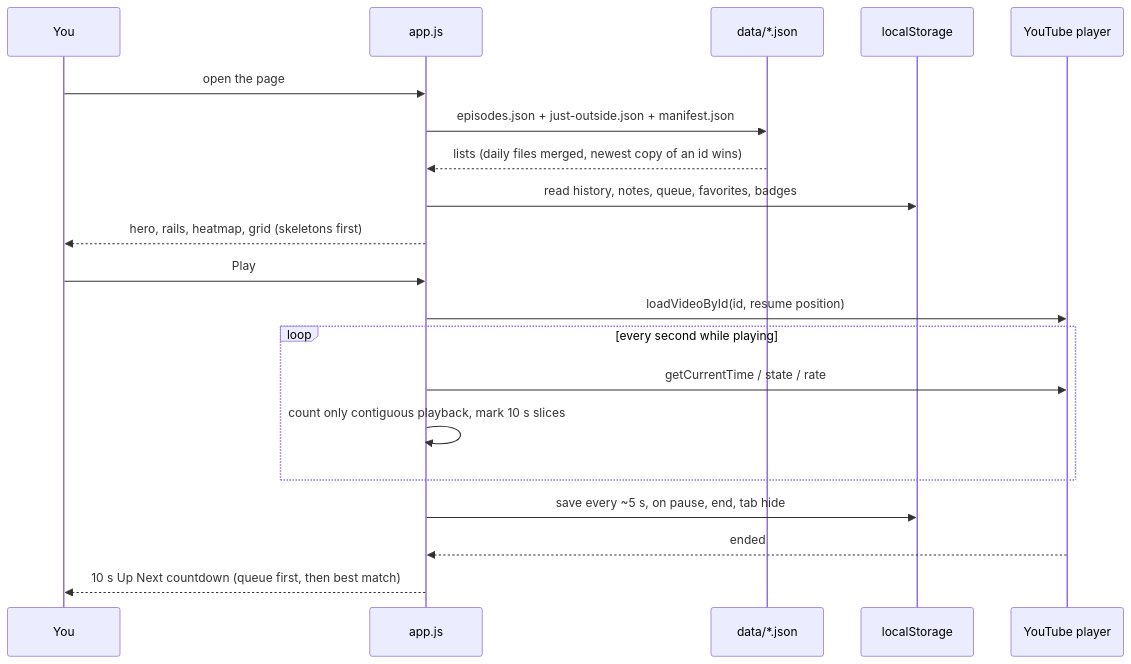
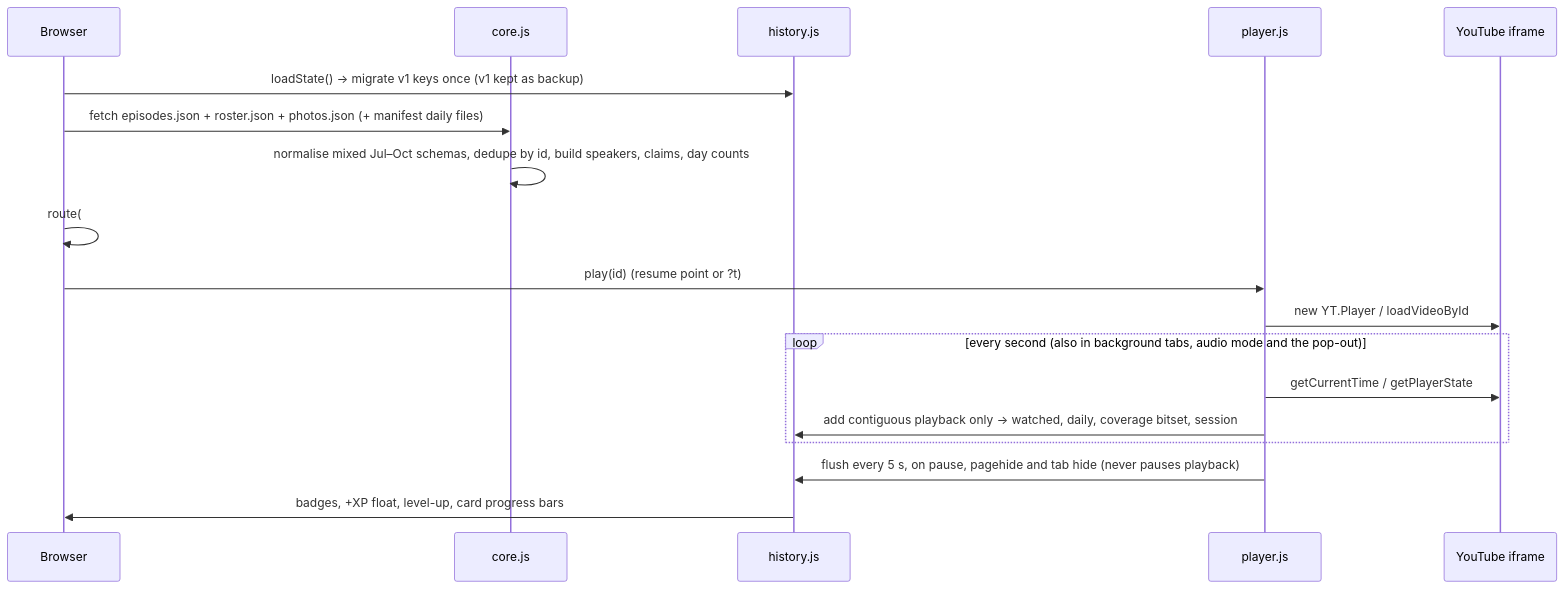
One commit to lo3elyon/ASI changed the second of 4 diagrams in ai-safety-full-episodes/README.md. Above: the diagram before and after it, drawn with Mermaid. The commit also changed other lines of this file, not shown here.

Commit message:
ai-safety-full-episodes v2: README.md

````diff
--- a/ai-safety-full-episodes/README.md
+++ b/ai-safety-full-episodes/README.md
@@ -111,22 +209,20 @@
 ```mermaid
 sequenceDiagram
-    participant U as You
-    participant A as app.js
-    participant D as data/*.json
-    participant L as localStorage
-    participant Y as YouTube player
-    U->>A: open the page
-    A->>D: episodes.json + just-outside.json + manifest.json
-    D-->>A: lists (daily files merged, newest copy of an id wins)
-    A->>L: read history, notes, queue, favorites, badges
-    A-->>U: hero, rails, heatmap, grid (skeletons first)
-    U->>A: Play
-    A->>Y: loadVideoById(id, resume position)
-    loop every second while playing
-        A->>Y: getCurrentTime / state / rate
-        A->>A: count only contiguous playback, mark 10 s slices
-    end
-    A->>L: save every ~5 s, on pause, end, tab hide
-    Y-->>A: ended
-    A-->>U: 10 s Up Next countdown (queue first, then best match)
+  participant B as Browser
+  participant C as core.js
+  participant H as history.js
+  participant P as player.js
+  participant Y as YouTube iframe
+  B->>H: loadState() → migrate v1 keys once (v1 kept as backup)
+  B->>C: fetch episodes.json + roster.json + photos.json (+ manifest daily files)
+  C->>C: normalise mixed Jul–Oct schemas, dedupe by id, build speakers, claims, day counts
+  B->>B: route(#/home, #/browse?…, #/speaker/…, #ep=id&t=sec)
+  B->>P: play(id) (resume point or ?t)
+  P->>Y: new YT.Player / loadVideoById
+  loop every second (also in background tabs, audio mode and the pop-out)
+    P->>Y: getCurrentTime / getPlayerState
+    P->>H: add contiguous playback only → watched, daily, coverage bitset, session
+  end
+  P->>H: flush every 5 s, on pause, pagehide and tab hide (never pauses playback)
+  H->>B: badges, +XP float, level-up, card progress bars
 ```
````
